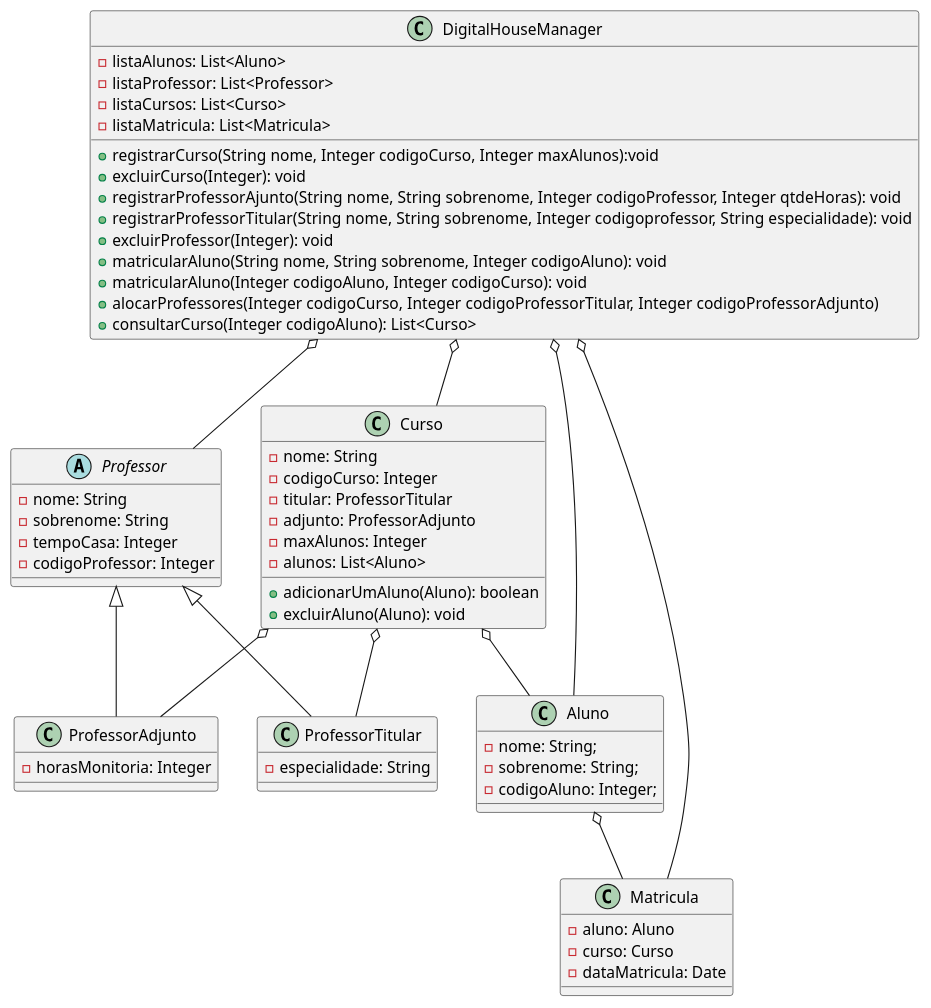
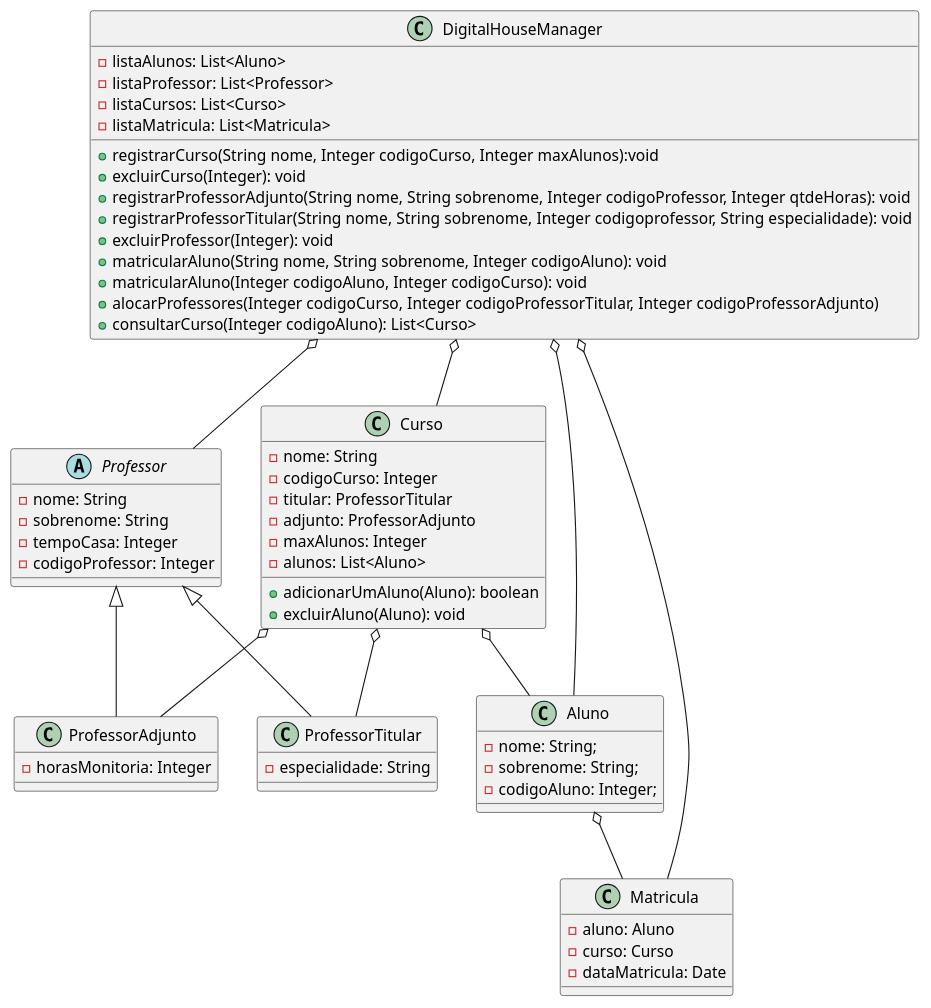
One commit to ninalofrese/javadh changed the diagram in entregavelJava/src/Diagrama.puml. Above: the diagram before and after it, drawn with PlantUML. The commit also changed 6 other files, not shown here.

```diff
--- a/entregavelJava/src/Diagrama.puml
+++ b/entregavelJava/src/Diagrama.puml
@@ -1,68 +1,68 @@
 @startuml
 
 Professor <|-- ProfessorAdjunto
 Professor <|-- ProfessorTitular
 Curso o-- Aluno
 Curso o-- ProfessorAdjunto
 Curso o-- ProfessorTitular
 Aluno o-- Matricula
 DigitalHouseManager o-- Aluno
 DigitalHouseManager o-- Matricula
 DigitalHouseManager o-- Professor
 DigitalHouseManager o-- Curso
 
 class Aluno{
 - nome: String;
 - sobrenome: String;
 - codigoAluno: Integer;
 }
 
 class Curso{
 - nome: String
 - codigoCurso: Integer
 - titular: ProfessorTitular
 - adjunto: ProfessorAdjunto
 - maxAlunos: Integer
 - alunos: List<Aluno>
 + adicionarUmAluno(Aluno): boolean
 + excluirAluno(Aluno): void
 }
 
 abstract class Professor{
 - nome: String
 - sobrenome: String
 - tempoCasa: Integer
 - codigoProfessor: Integer
 }
 
 class ProfessorTitular{
 - especialidade: String
 }
 
 class ProfessorAdjunto{
 - horasMonitoria: Integer
 }
 
 class Matricula{
 - aluno: Aluno
 - curso: Curso
 - dataMatricula: Date
 }
 
 class DigitalHouseManager{
 - listaAlunos: List<Aluno>
 - listaProfessor: List<Professor>
 - listaCursos: List<Curso>
 - listaMatricula: List<Matricula>
 + registrarCurso(String nome, Integer codigoCurso, Integer maxAlunos):void
 + excluirCurso(Integer): void
-+ registrarProfessorAjunto(String nome, String sobrenome, Integer codigoProfessor, Integer qtdeHoras): void
++ registrarProfessorAdjunto(String nome, String sobrenome, Integer codigoProfessor, Integer qtdeHoras): void
 + registrarProfessorTitular(String nome, String sobrenome, Integer codigoprofessor, String especialidade): void
 + excluirProfessor(Integer): void
 + matricularAluno(String nome, String sobrenome, Integer codigoAluno): void
 + matricularAluno(Integer codigoAluno, Integer codigoCurso): void
 + alocarProfessores(Integer codigoCurso, Integer codigoProfessorTitular, Integer codigoProfessorAdjunto)
 + consultarCurso(Integer codigoAluno): List<Curso>
 }
 
 @enduml
```
